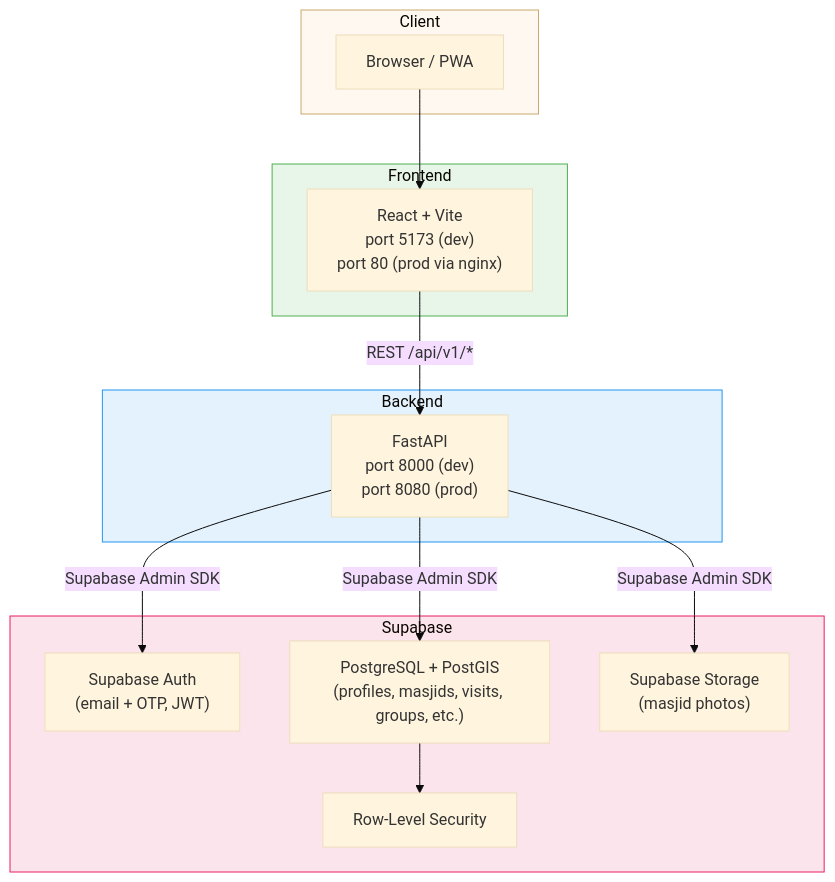
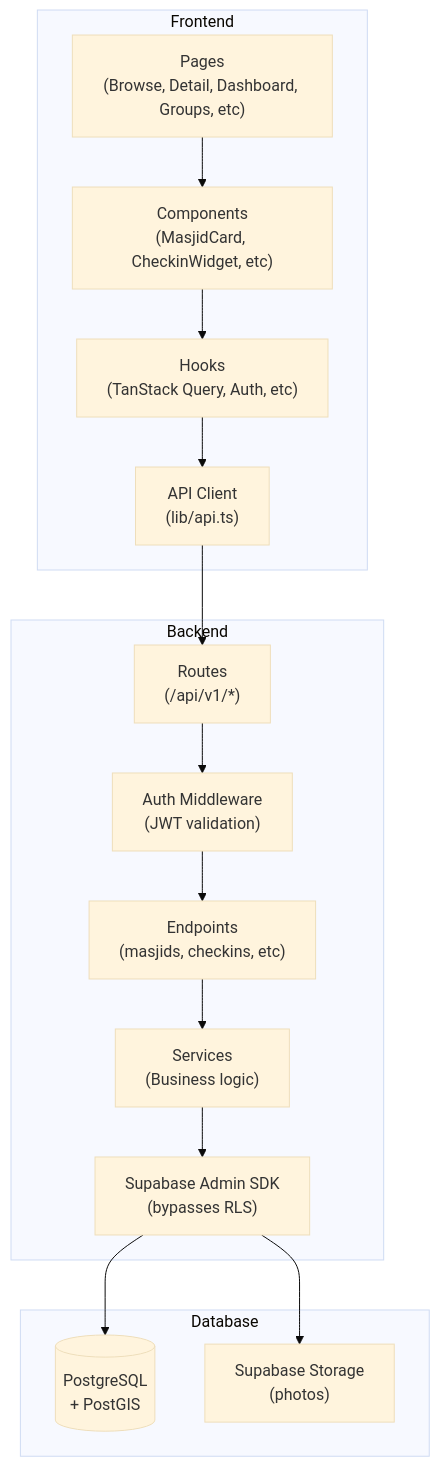
Before and after one commit to snsyaqirah/SinggahLuhh: the third of 18 diagrams in README.md, drawn with Mermaid (base theme). The commit also changed other lines of this file, not shown here.

````diff
--- a/README.md
+++ b/README.md
@@ -132,33 +174,30 @@
 ```mermaid
 graph TD
-    subgraph Client
-        B[Browser / PWA]
+    subgraph Frontend
+        Pages["Pages\n(Browse, Detail, Dashboard, Groups, etc)"]
+        Components["Components\n(MasjidCard, CheckinWidget, etc)"]
+        Hooks["Hooks\n(TanStack Query, Auth, etc)"]
+        Client["API Client\n(lib/api.ts)"]
+        Pages --> Components
+        Components --> Hooks
+        Hooks --> Client
     end
-
-    subgraph Frontend
-        FE["React + Vite\nport 5173 (dev)\nport 80 (prod via nginx)"]
+    subgraph Backend
+        Router["Routes\n(/api/v1/*)"]
+        Auth["Auth Middleware\n(JWT validation)"]
+        Endpoints["Endpoints\n(masjids, checkins, etc)"]
+        Services["Services\n(Business logic)"]
+        RLS["Supabase Admin SDK\n(bypasses RLS)"]
+        Router --> Auth
+        Auth --> Endpoints
+        Endpoints --> Services
+        Services --> RLS
     end
-
-    subgraph Backend
-        API["FastAPI\nport 8000 (dev)\nport 8080 (prod)"]
+    subgraph Database
+        DB[("PostgreSQL\n+ PostGIS")]
+        Store["Supabase Storage\n(photos)"]
+        RLS --> DB
+        RLS --> Store
     end
-
-    subgraph Supabase
-        AUTH["Supabase Auth\n(email + OTP, JWT)"]
-        DB["PostgreSQL + PostGIS\n(profiles, masjids, visits, groups, etc.)"]
-        STORAGE["Supabase Storage\n(masjid photos)"]
-        RLS["Row-Level Security"]
-    end
-
-    B --> FE
-    FE -- "REST /api/v1/*" --> API
-    API -- "Supabase Admin SDK" --> AUTH
-    API -- "Supabase Admin SDK" --> DB
-    API -- "Supabase Admin SDK" --> STORAGE
-    DB --> RLS
-
-    style Client fill:#fff8f0,stroke:#c9a96e
-    style Frontend fill:#e8f5e9,stroke:#4caf50
-    style Backend fill:#e3f2fd,stroke:#2196f3
-    style Supabase fill:#fce4ec,stroke:#e91e63
+    Client --> Router
 ```
````
